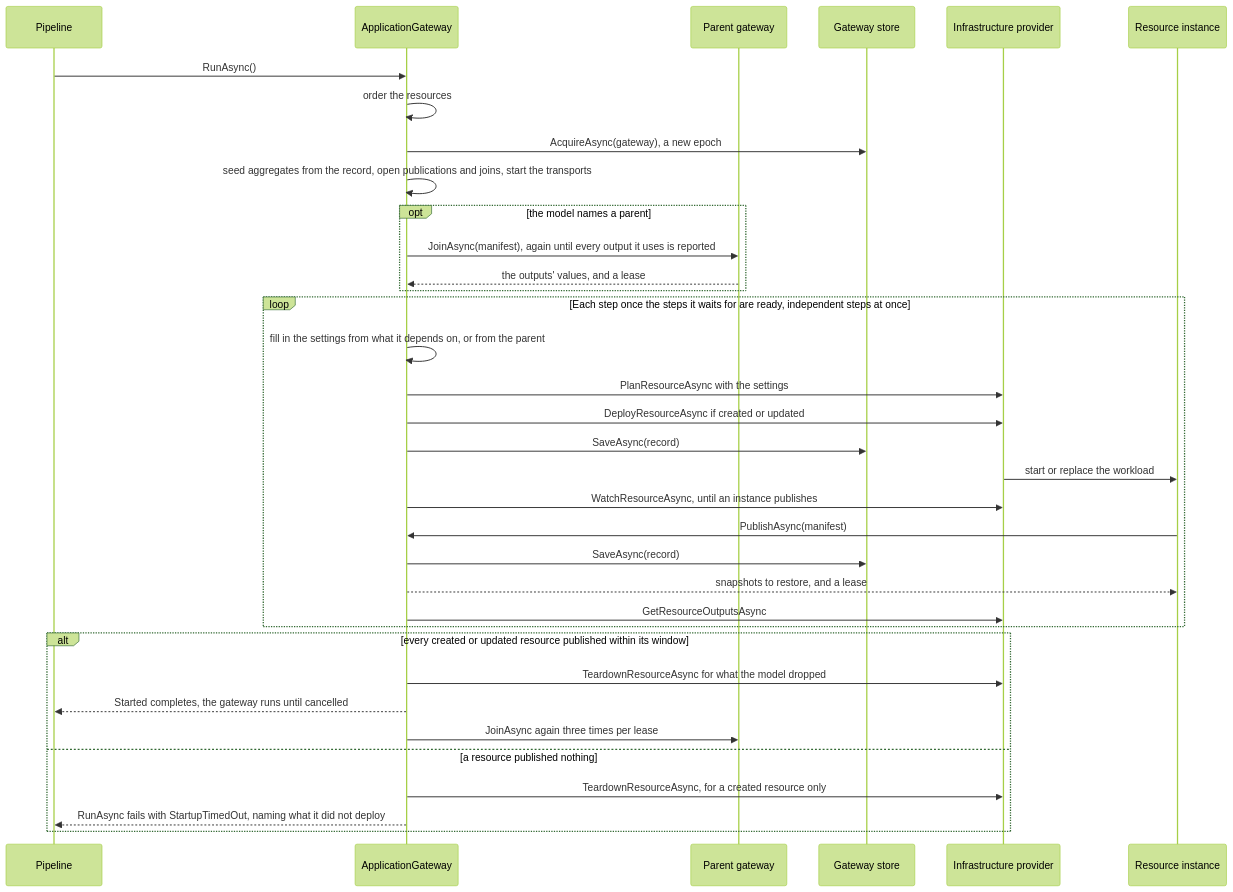
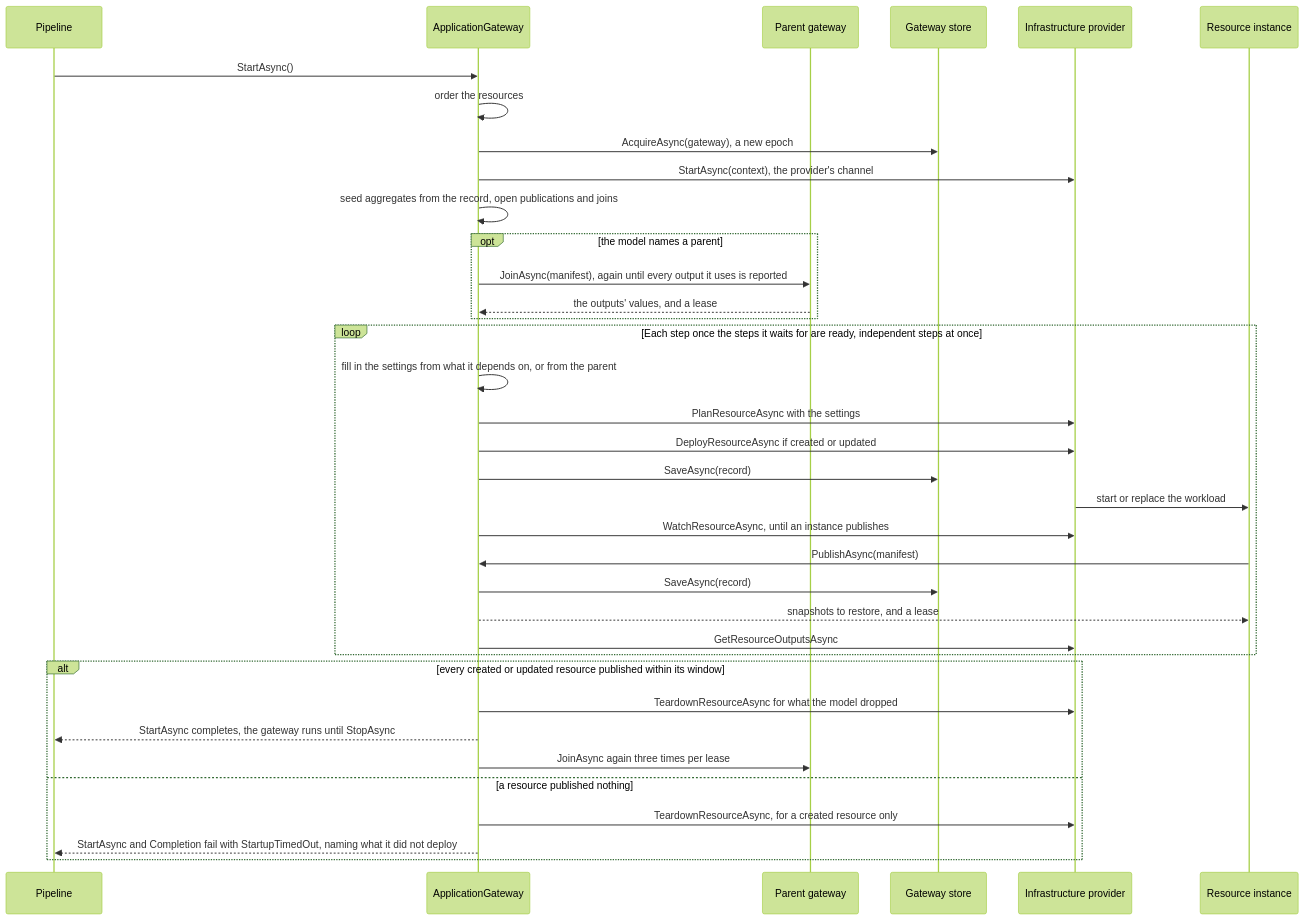
Before and after one commit to assimalign/cohesion: the second of 4 diagrams in libraries/ApplicationModel/Assimalign.Cohesion.ApplicationModel.Gateway/docs/DESIGN.md, drawn with Mermaid (forest theme). The commit also changed other lines of this file and 219 other files, not shown here.

````diff
--- a/libraries/ApplicationModel/Assimalign.Cohesion.ApplicationModel.Gateway/docs/DESIGN.md
+++ b/libraries/ApplicationModel/Assimalign.Cohesion.ApplicationModel.Gateway/docs/DESIGN.md
@@ -56,37 +62,38 @@
 ```mermaid
 sequenceDiagram
     participant Caller as Pipeline
     participant GW as ApplicationGateway
     participant Parent as Parent gateway
     participant Store as Gateway store
     participant Infra as Infrastructure provider
     participant Inst as Resource instance
-    Caller->>GW: RunAsync()
+    Caller->>GW: StartAsync()
     GW->>GW: order the resources
     GW->>Store: AcquireAsync(gateway), a new epoch
-    GW->>GW: seed aggregates from the record, open publications and joins, start the transports
+    GW->>Infra: StartAsync(context), the provider's channel
+    GW->>GW: seed aggregates from the record, open publications and joins
     opt the model names a parent
         GW->>Parent: JoinAsync(manifest), again until every output it uses is reported
         Parent-->>GW: the outputs' values, and a lease
     end
     loop Each step once the steps it waits for are ready, independent steps at once
         GW->>GW: fill in the settings from what it depends on, or from the parent
         GW->>Infra: PlanResourceAsync with the settings
         GW->>Infra: DeployResourceAsync if created or updated
         GW->>Store: SaveAsync(record)
         Infra->>Inst: start or replace the workload
         GW->>Infra: WatchResourceAsync, until an instance publishes
         Inst->>GW: PublishAsync(manifest)
         GW->>Store: SaveAsync(record)
         GW-->>Inst: snapshots to restore, and a lease
         GW->>Infra: GetResourceOutputsAsync
     end
     alt every created or updated resource published within its window
         GW->>Infra: TeardownResourceAsync for what the model dropped
-        GW-->>Caller: Started completes, the gateway runs until cancelled
+        GW-->>Caller: StartAsync completes, the gateway runs until StopAsync
         GW->>Parent: JoinAsync again three times per lease
     else a resource published nothing
         GW->>Infra: TeardownResourceAsync, for a created resource only
-        GW-->>Caller: RunAsync fails with StartupTimedOut, naming what it did not deploy
+        GW-->>Caller: StartAsync and Completion fail with StartupTimedOut, naming what it did not deploy
     end
 ```
````
